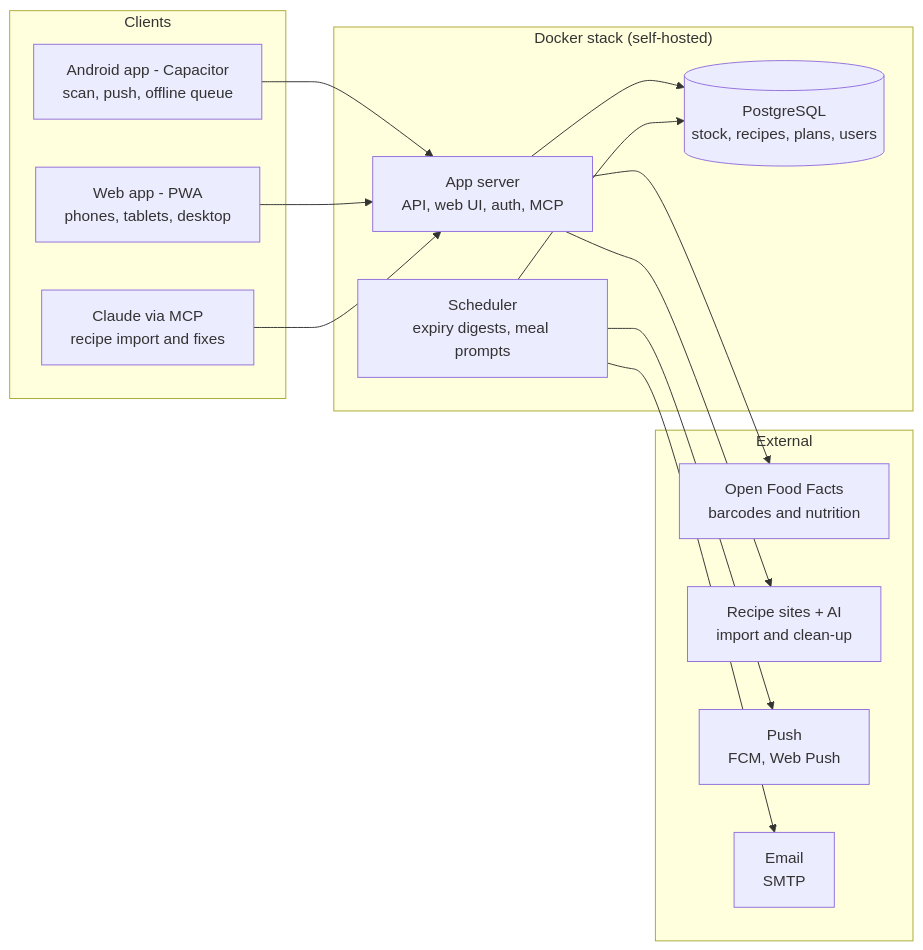
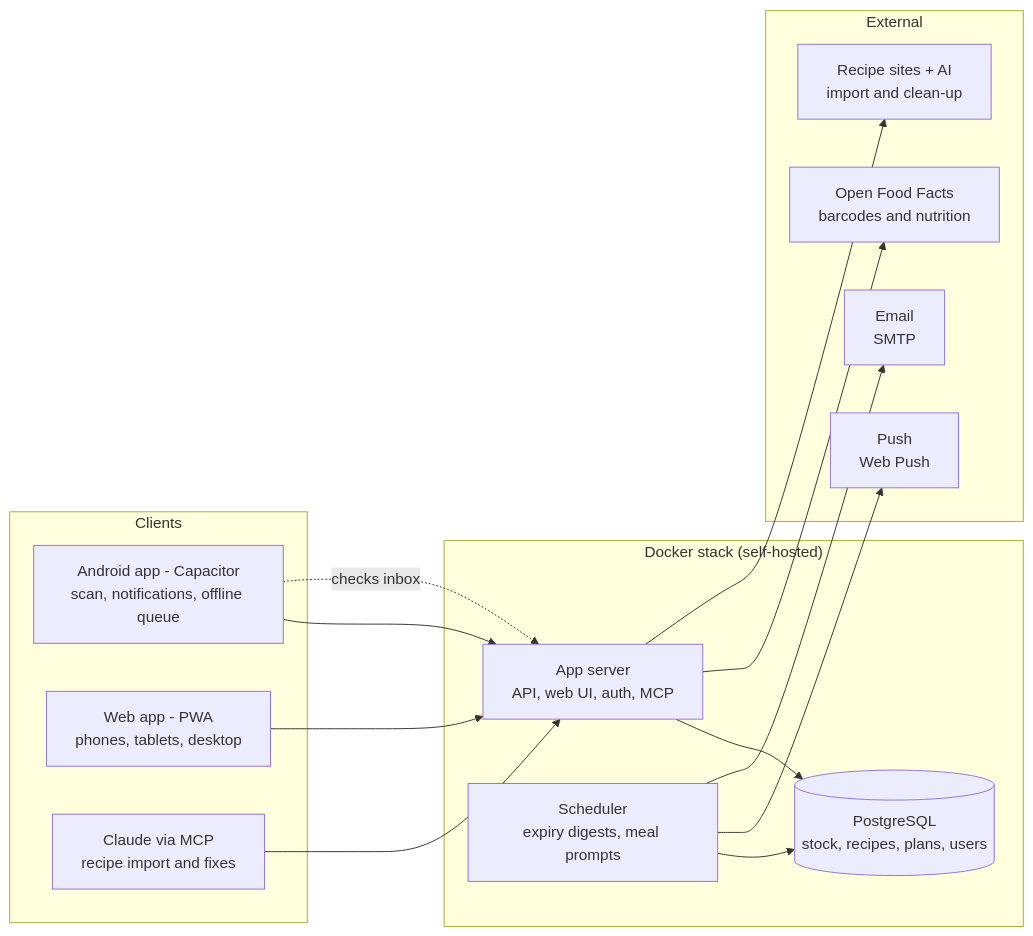
Before and after one commit to zecbmo/snackoverflow: the diagram in docs/SPEC.md, drawn with Mermaid. The commit also changed other lines of this file and 107 other files, not shown here.

````diff
--- a/docs/SPEC.md
+++ b/docs/SPEC.md
@@ -195,28 +195,29 @@
 ```mermaid
 flowchart LR
   subgraph Clients
-    A[Android app - Capacitor<br/>scan, push, offline queue]
+    A[Android app - Capacitor<br/>scan, notifications, offline queue]
     W[Web app - PWA<br/>phones, tablets, desktop]
     M[Claude via MCP<br/>recipe import and fixes]
   end
   subgraph Docker["Docker stack (self-hosted)"]
     S[App server<br/>API, web UI, auth, MCP]
     D[(PostgreSQL<br/>stock, recipes, plans, users)]
     J[Scheduler<br/>expiry digests, meal prompts]
   end
   subgraph External
     O[Open Food Facts<br/>barcodes and nutrition]
     R[Recipe sites + AI<br/>import and clean-up]
-    P[Push<br/>FCM, Web Push]
+    P[Push<br/>Web Push]
     E[Email<br/>SMTP]
   end
   A --> S
   W --> S
   M --> S
   S --> D
   J --> D
   S --> O
   S --> R
   J --> P
   J --> E
+  A -. checks inbox .-> S
 ```
````
